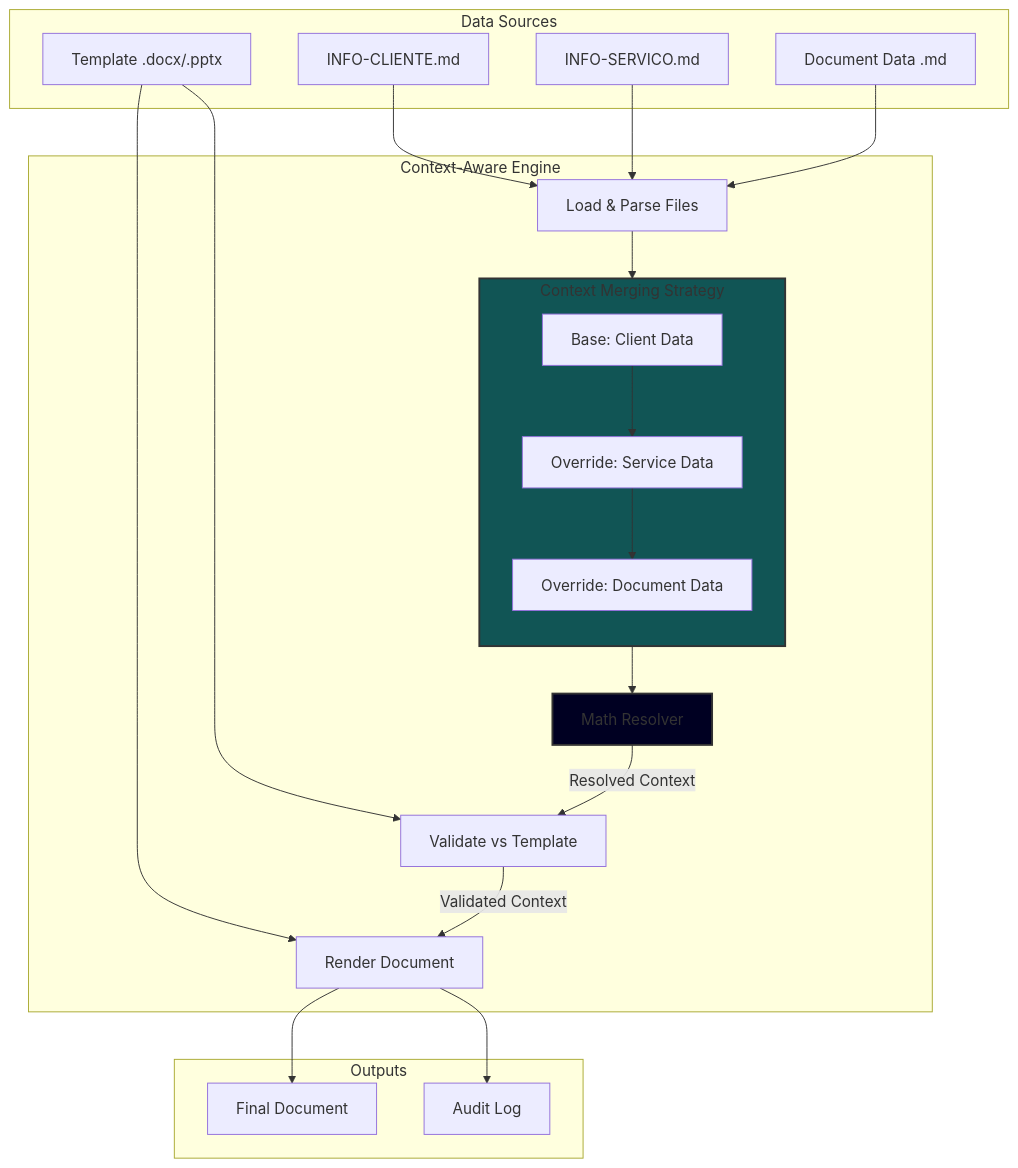
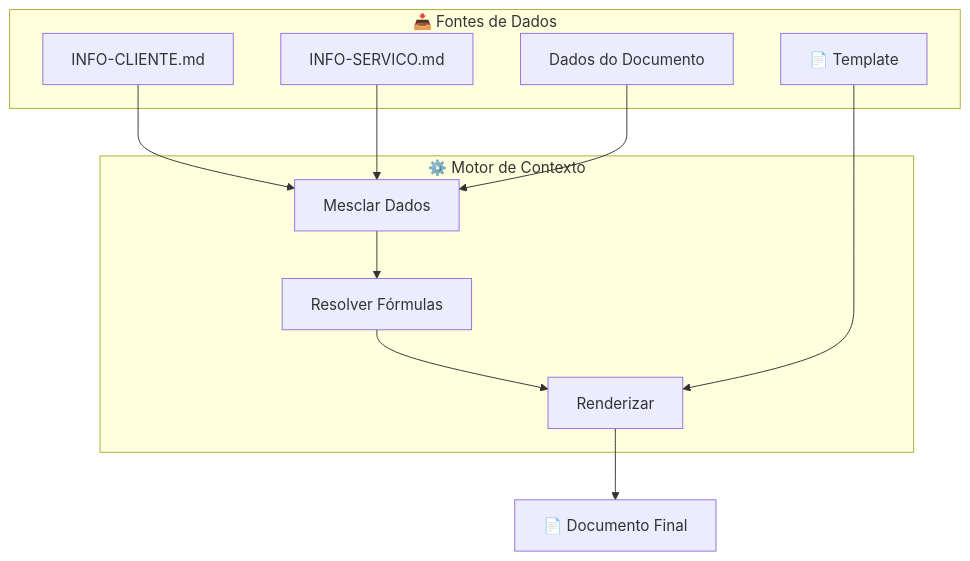
Before and after one commit to LAMP-LUCAS/fotonSystem: the third of 6 diagrams in docs/Pipelines.md, drawn with Mermaid. The commit also changed other lines of this file and 67 other files, not shown here.

````diff
--- a/docs/Pipelines.md
+++ b/docs/Pipelines.md
@@ -95,47 +92,23 @@
 ```mermaid
 flowchart TD
-    subgraph Inputs [Data Sources]
+    subgraph Inputs["📥 Fontes de Dados"]
         L1[INFO-CLIENTE.md]
         L2[INFO-SERVICO.md]
-        L3[Document Data .md]
-        TPL[Template .docx/.pptx]
+        L3[Dados do Documento]
+        TPL["📄 Template"]
     end
 
-    subgraph Engine [Context-Aware Engine]
-        Load[Load & Parse Files]
-        
-        subgraph Merging [Context Merging Strategy]
-            direction TB
-            P1[Base: Client Data]
-            P2[Override: Service Data]
-            P3[Override: Document Data]
-            P1 --> P2 --> P3
-        end
-        
-        Math[Math Resolver]
-        Val[Validate vs Template]
-        Render[Render Document]
+    subgraph Engine["⚙️ Motor de Contexto"]
+        Merge["Mesclar Dados"]
+        Math["Resolver Fórmulas"]
+        Render["Renderizar"]
     end
 
-    subgraph Outputs
-        File[Final Document]
-        Log[Audit Log]
-    end
-
-    L1 --> Load
-    L2 --> Load
-    L3 --> Load
-    TPL --> Val
+    L1 --> Merge
+    L2 --> Merge
+    L3 --> Merge
+    Merge --> Math
+    Math --> Render
     TPL --> Render
-
-    Load --> P1
-    P3 --> Math
-    Math --> |Resolved Context| Val
-    Val --> |Validated Context| Render
-    
-    Render --> File
-    Render --> Log
-
-    style Merging fill:#155,stroke:#333,stroke-width:2px
-    style Math fill:#002,stroke:#333,stroke-width:2px
+    Render --> Output["📄 Documento Final"]
 ```
````
